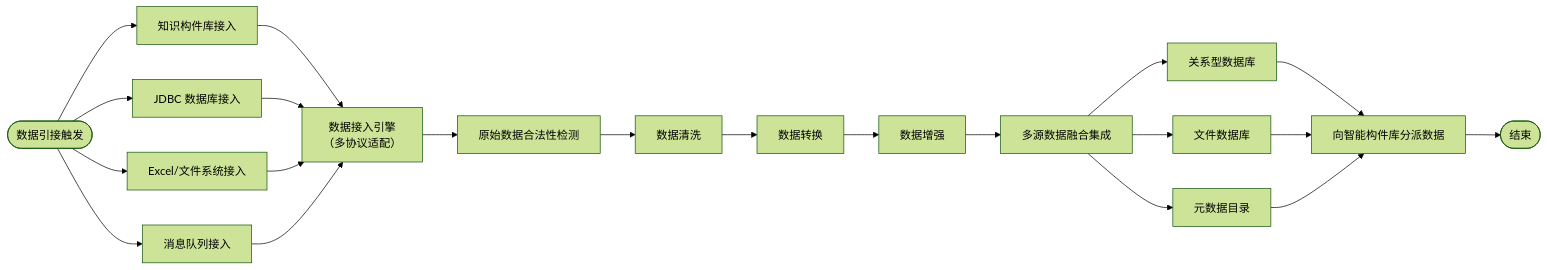
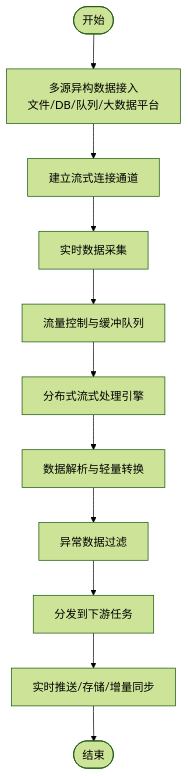
The diagram in all/未命名-1.md (dremup/iodraw-files), drawn with Mermaid (forest theme) before and after one commit.

Commit message:
2025-11-19 10:00:05 update

````diff
--- a/all/未命名-1.md
+++ b/all/未命名-1.md
@@ -1,40 +1,27 @@
 ```mermaid
-flowchart LR
-    %% === 顶部：手动或自动触发 ===
-    A([数据引接触发])
+flowchart TD
 
-    %% === 第一排：多源数据接入入口 ===
-    A --> B1[知识构件库接入]
-    A --> B2[JDBC 数据库接入]
-    A --> B3[Excel/文件系统接入]
-    A --> B4[消息队列接入]
+    %% ===== 开始 =====
+    A([开始])
 
-    %% === 第二排：接入层统一规范化 ===
-    B1 --> C[数据接入引擎<br/>（多协议适配）]
-    B2 --> C
-    B3 --> C
-    B4 --> C
+    %% ===== 数据源接入（横向小扩展） =====
+    A --> B1[多源异构数据接入<br/>文件/DB/队列/大数据平台]
+    B1 --> B2[建立流式连接通道]
 
-    %% === 第三排：原始数据处理（横向流程）===
-    C --> D1[原始数据合法性检测]
-    D1 --> D2[数据清洗]
-    D2 --> D3[数据转换]
-    D3 --> D4[数据增强]
+    %% ===== 流式采集阶段（紧凑中段） =====
+    B2 --> C1[实时数据采集]
+    C1 --> C2[流量控制与缓冲队列]
 
-    %% === 第四排：结构化集成（中心位置）===
-    D4 --> E[多源数据融合集成]
+    %% ===== 分布式处理主干流程（略向下展开） =====
+    C2 --> D1[分布式流式处理引擎]
+    D1 --> D2[数据解析与轻量转换]
+    D2 --> D3[异常数据过滤]
 
-    %% === 第五排：统一存储 ===
-    E --> F1[关系型数据库]
-    E --> F2[文件数据库]
-    E --> F3[元数据目录]
+    %% ===== 数据分发（向右略扩展，美观） =====
+    D3 --> E1[分发到下游任务]
+    E1 --> E2[实时推送/存储/增量同步]
 
-    %% === 第六排：向下游分派 ===
-    F1 --> G[向智能构件库分派数据]
-    F2 --> G
-    F3 --> G
-
-    %% === 底部结束 ===
-    G --> H([结束])
+    %% ===== 结束 =====
+    E2 --> F([结束])
 
 ```
````
